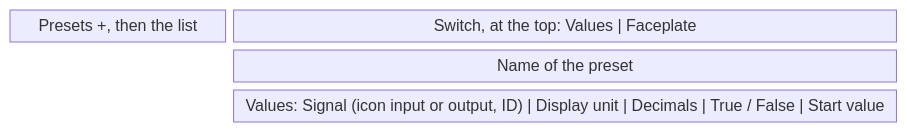
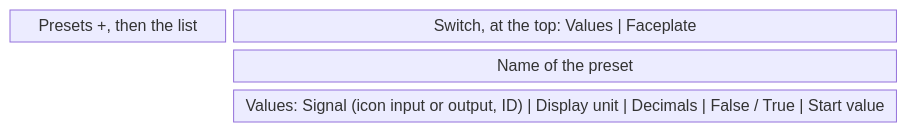
The tenth of 16 diagrams in screens/metadata.md (AlexandreGallais/synoptic-studio-spec), drawn with Mermaid before and after one commit. The commit also changed other lines of this file and 5 other files, not shown here.

````diff
--- a/screens/metadata.md
+++ b/screens/metadata.md
@@ -344,7 +344,7 @@
 ```mermaid
 block-beta
     columns 4
     list["Presets +, then the list"] sw["Switch, at the top: Values | Faceplate"]:3
     space name["Name of the preset"]:3
-    space values["Values: Signal (icon input or output, ID) | Display unit | Decimals | True / False | Start value"]:3
+    space values["Values: Signal (icon input or output, ID) | Display unit | Decimals | False / True | Start value"]:3
 ```
````
